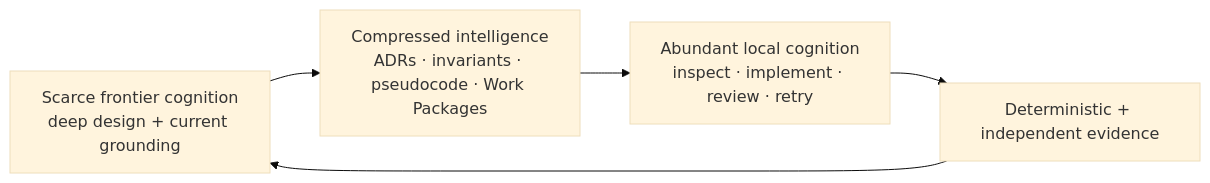
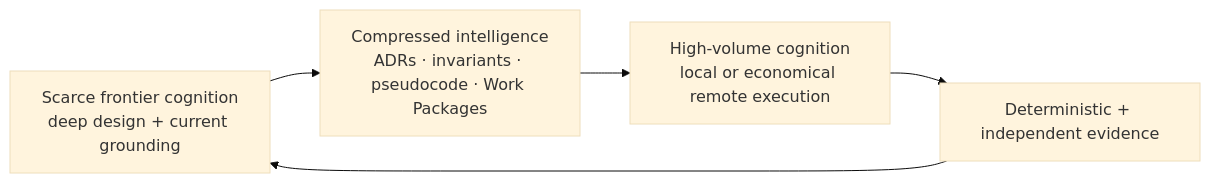
One commit to olostan/DevCadence changed the first of 3 diagrams in docs/VISION.md. Above: the diagram before and after it, drawn with Mermaid (base theme). The commit also changed other lines of this file, not shown here.

Commit message:
docs: broaden vision beyond strong local-only cognition

````diff
--- a/docs/VISION.md
+++ b/docs/VISION.md
@@ -34,8 +34,8 @@
 ```mermaid
 flowchart LR
     Frontier["Scarce frontier cognition<br/>deep design + current grounding"]
     Artifact["Compressed intelligence<br/>ADRs · invariants · pseudocode · Work Packages"]
-    Local["Abundant local cognition<br/>inspect · implement · review · retry"]
+    Local["High-volume cognition<br/>local or economical remote execution"]
     Evidence["Deterministic + independent evidence"]
     Frontier --> Artifact --> Local --> Evidence --> Frontier
 ```
````
